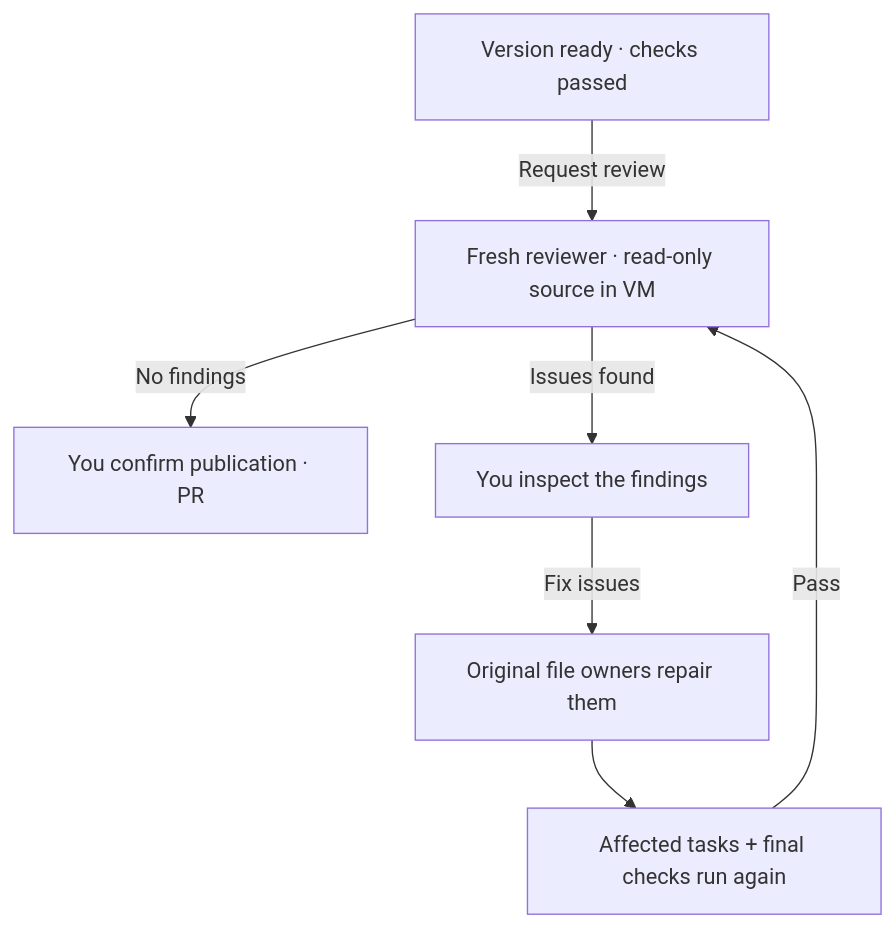
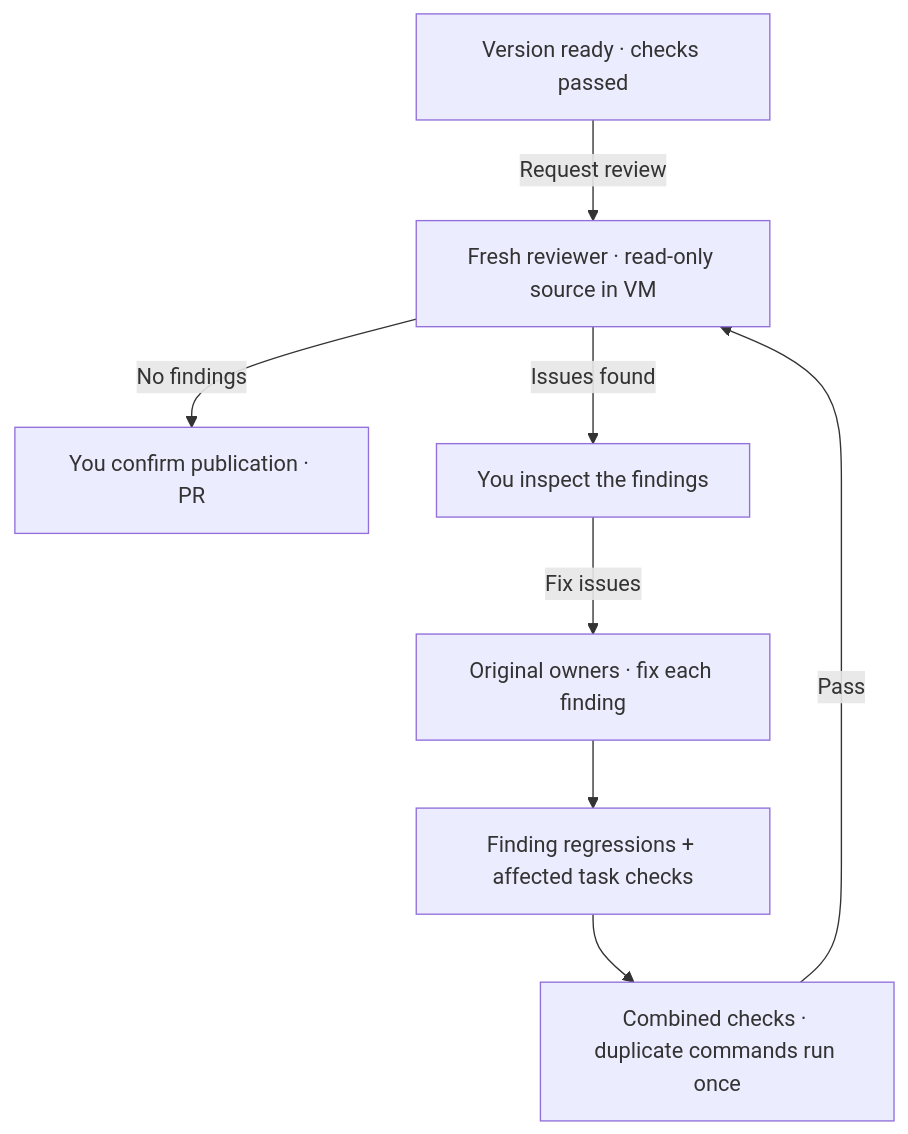
Before and after one commit to minimumeffort-dev/sprowt.harness: the diagram in docs/review.md, drawn with Mermaid. The commit also changed other lines of this file and 18 other files, not shown here.

````diff
--- a/docs/review.md
+++ b/docs/review.md
@@ -7,9 +7,10 @@
 ```mermaid
 flowchart TB
     ready["Version ready · checks passed"] -->|"Request review"| review["Fresh reviewer · read-only source in VM"]
     review -->|"No findings"| publish["You confirm publication · PR"]
     review -->|"Issues found"| findings["You inspect the findings"]
-    findings -->|"Fix issues"| fix["Original file owners repair them"]
-    fix --> checks["Affected tasks + final checks run again"]
+    findings -->|"Fix issues"| fix["Original owners · fix each finding"]
+    fix --> focused["Finding regressions + affected task checks"]
+    focused --> checks["Combined checks · duplicate commands run once"]
     checks -->|"Pass"| review
 ```
````
